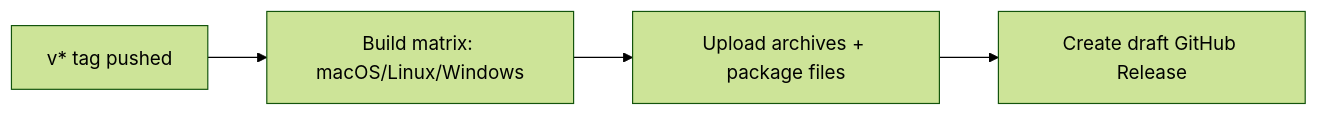
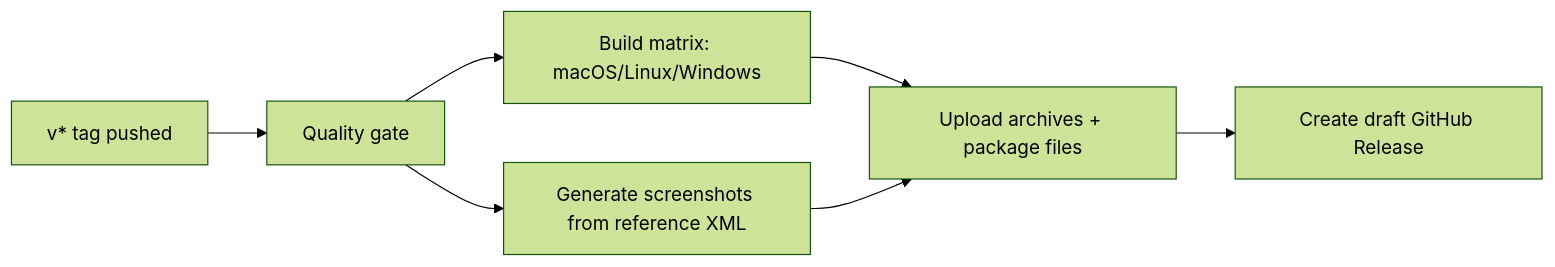
One commit to guillain/DJ-MIDI-Studio changed the diagram in docs/release-checklist.md. Above: the diagram before and after it, drawn with Mermaid (forest theme). The commit also changed other lines of this file and 10 other files, not shown here.

Commit message:
ci: automate quality gate and release screenshots

````diff
--- a/docs/release-checklist.md
+++ b/docs/release-checklist.md
@@ -76,6 +79,9 @@
 ```mermaid
 flowchart LR
-    Tag[v* tag pushed] --> BuildMatrix[Build matrix: macOS/Linux/Windows]
+    Tag[v* tag pushed] --> Quality[Quality gate]
+    Quality --> Screenshots[Generate screenshots from reference XML]
+    Quality --> BuildMatrix[Build matrix: macOS/Linux/Windows]
     BuildMatrix --> Artifacts[Upload archives + package files]
+    Screenshots --> Artifacts
     Artifacts --> Draft[Create draft GitHub Release]
 ```
````
